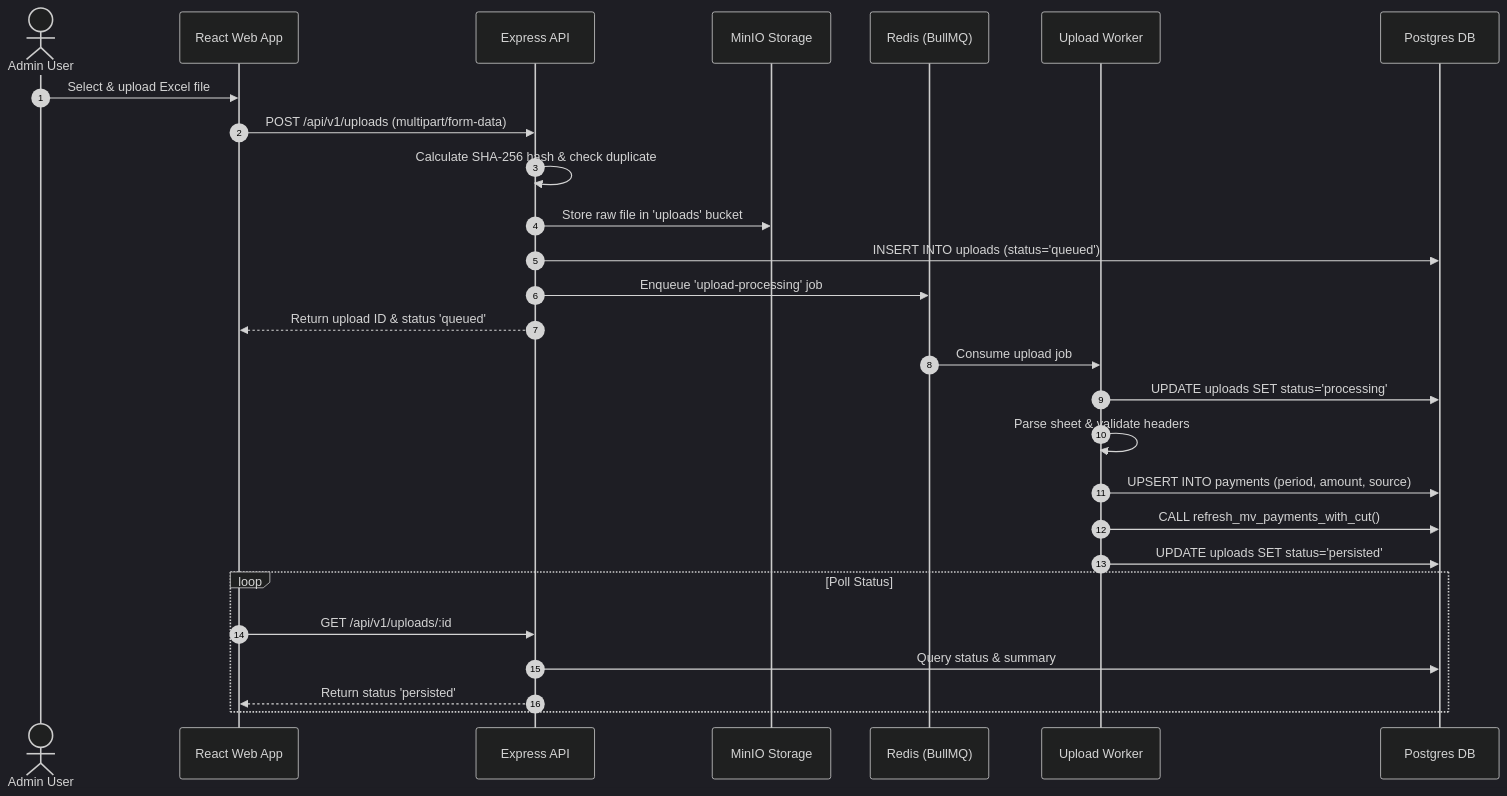
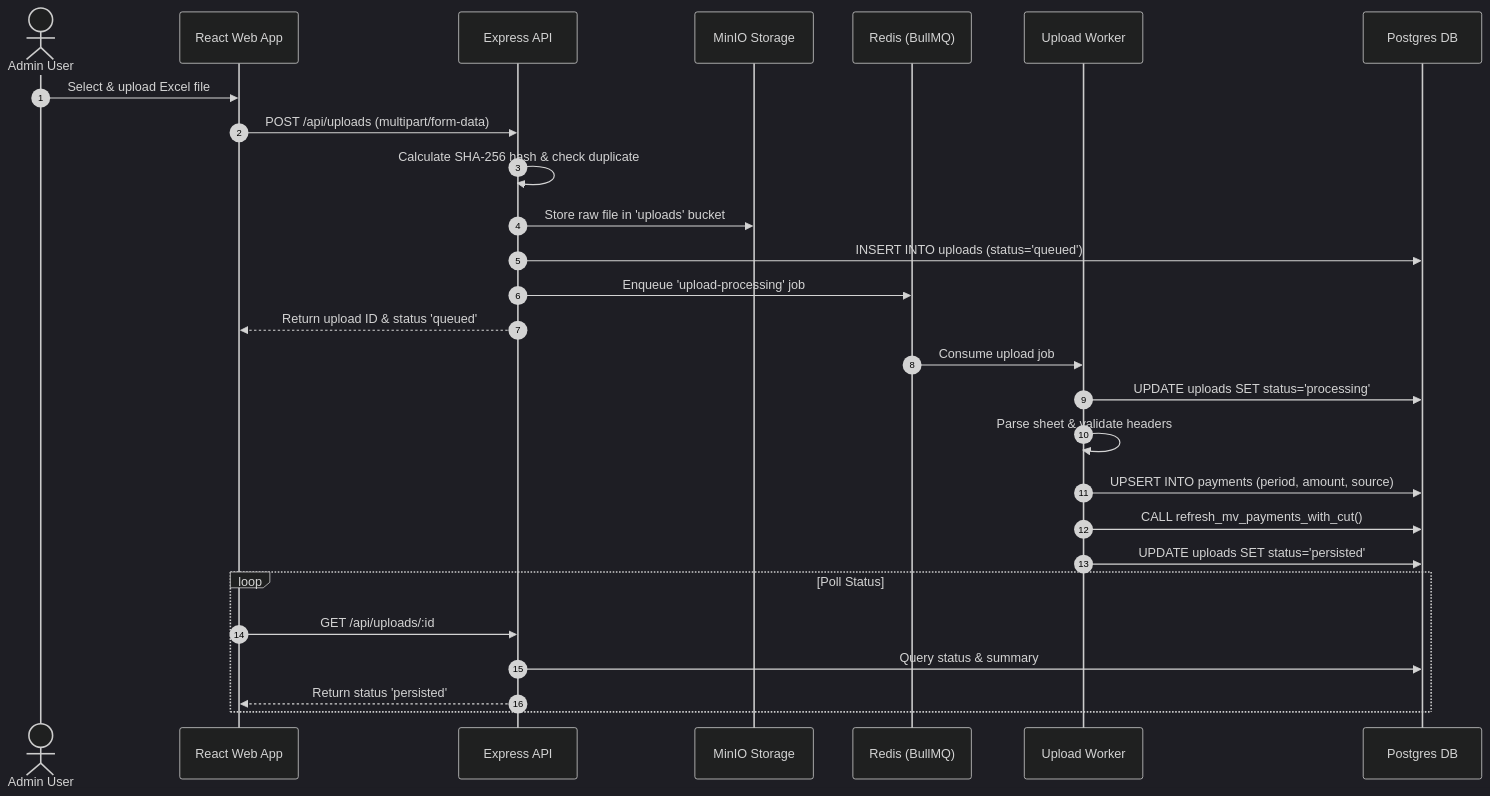
One commit to noah-isme/petakeu changed the third of 4 diagrams in docs/ARCHITECTURE.md. Above: the diagram before and after it, drawn with Mermaid (dark theme). The commit also changed other lines of this file and 52 other files, not shown here.

Commit message:
feat: add analytics governance and observability roadmap

````diff
--- a/docs/ARCHITECTURE.md
+++ b/docs/ARCHITECTURE.md
@@ -349,32 +404,32 @@
 ```mermaid
 sequenceDiagram
     autonumber
     actor Admin as Admin User
     participant Client as React Web App
     participant API as Express API
     participant Storage as MinIO Storage
     participant Queue as Redis (BullMQ)
     participant Worker as Upload Worker
     participant DB as Postgres DB
 
     Admin->>Client: Select & upload Excel file
-    Client->>API: POST /api/v1/uploads (multipart/form-data)
+    Client->>API: POST /api/uploads (multipart/form-data)
     API->>API: Calculate SHA-256 hash & check duplicate
     API->>Storage: Store raw file in 'uploads' bucket
     API->>DB: INSERT INTO uploads (status='queued')
     API->>Queue: Enqueue 'upload-processing' job
     API-->>Client: Return upload ID & status 'queued'
 
     Queue->>Worker: Consume upload job
     Worker->>DB: UPDATE uploads SET status='processing'
     Worker->>Worker: Parse sheet & validate headers
     Worker->>DB: UPSERT INTO payments (period, amount, source)
     Worker->>DB: CALL refresh_mv_payments_with_cut()
     Worker->>DB: UPDATE uploads SET status='persisted'
 
     loop Poll Status
-        Client->>API: GET /api/v1/uploads/:id
+        Client->>API: GET /api/uploads/:id
         API->>DB: Query status & summary
         API-->>Client: Return status 'persisted'
     end
 ```
````
